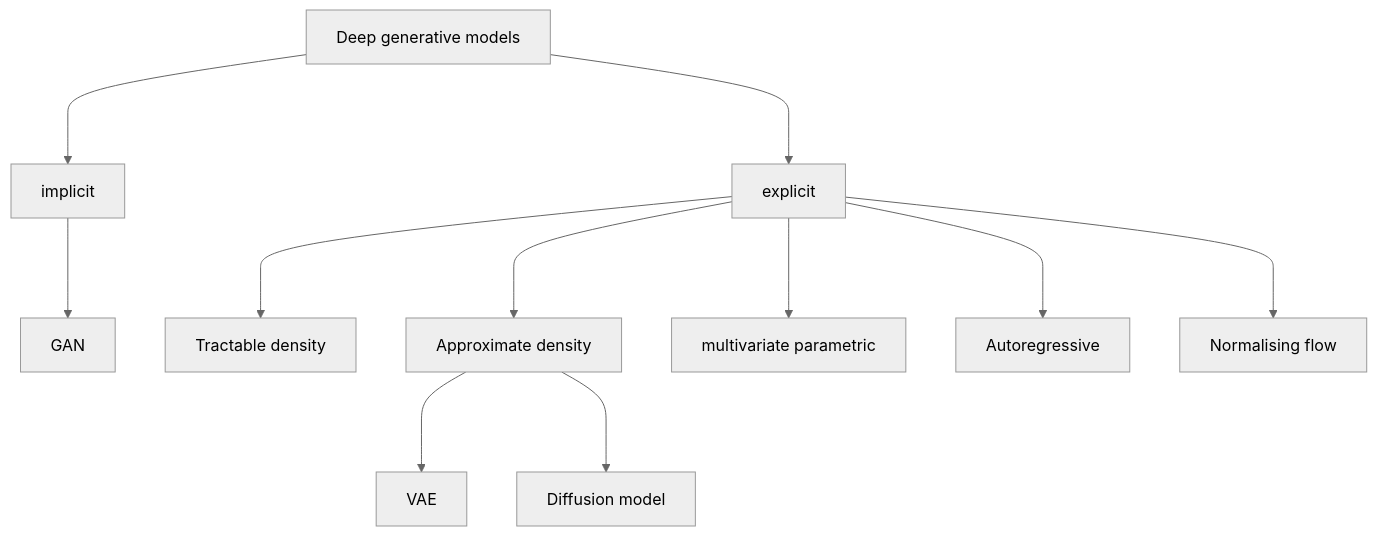
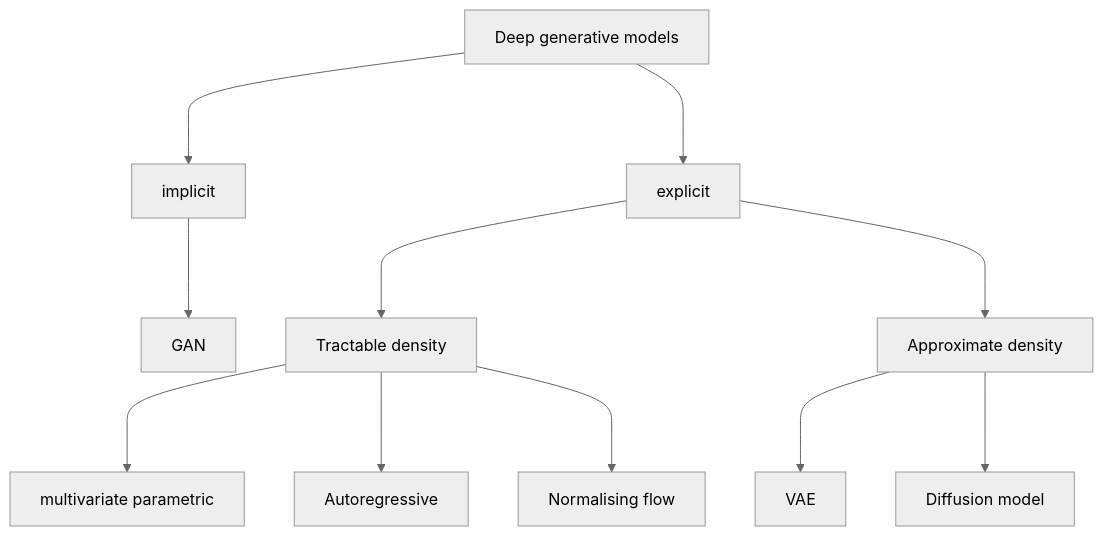
Diagram 11 of 11 in Machine_Learning_and_Data_Generation.md (vicky-liu17/vicky-blogs), drawn with Mermaid (neutral theme) before and after one commit. The commit also changed other lines of this file, not shown here.

````diff
--- a/Machine_Learning_and_Data_Generation.md
+++ b/Machine_Learning_and_Data_Generation.md
@@ -282,8 +282,8 @@
 ```mermaid
 graph TD;
 A[Deep generative models]--->B[explicit] & C[implicit];
 C[implicit]--->D[GAN];
 B[explicit]--->E[Tractable density] & F[Approximate density];
-B[explicit]--->G[multivariate parametric] & H[Autoregressive] & I[Normalising flow];
+E[Tractable density]--->G[multivariate parametric] & H[Autoregressive] & I[Normalising flow];
 F[Approximate density]--->J[VAE] & K[Diffusion model];
 ```
````
